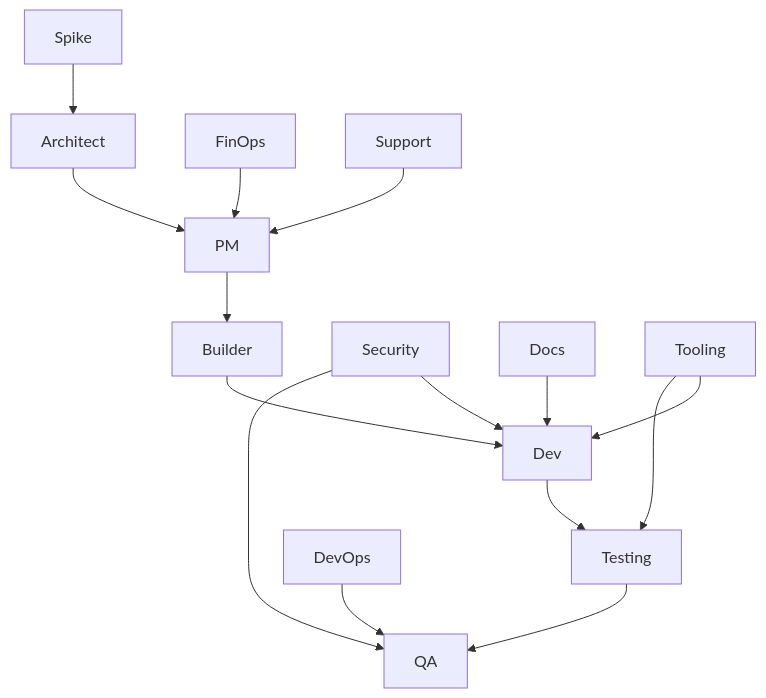
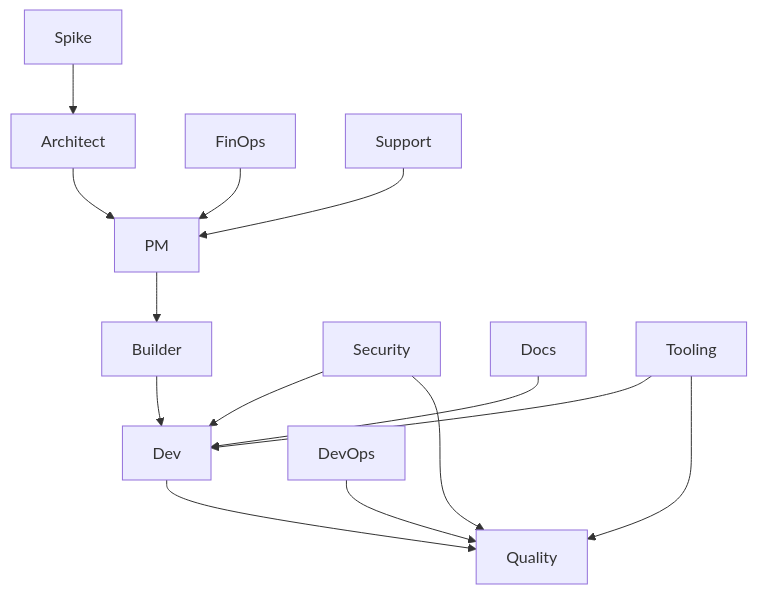
Before and after one commit to llanesleonardo/saas-factory: the third of 3 diagrams in organizational_memory/AGENTS.md, drawn with Mermaid. The commit also changed other lines of this file and 97 other files, not shown here.

First line of the commit message:
chore(factory): standardize agents and add registry/schemas

````diff
--- a/organizational_memory/AGENTS.md
+++ b/organizational_memory/AGENTS.md
@@ -48,31 +46,29 @@
 ```mermaid
 flowchart TB
   SPI[Spike]
   AR[Architect]
   FIN[FinOps]
   PM[PM]
   BL[Builder]
   SEC[Security]
   DV[Dev]
-  TST[Testing]
-  QA[QA]
+  QUAL[Quality]
   DOV[DevOps]
   DOC[Docs]
   SUP[Support]
   TOO[Tooling]
 
   SPI --> AR
   AR --> PM
   FIN --> PM
   PM --> BL
   BL --> DV
   SEC --> DV
-  DV --> TST
-  TST --> QA
-  SEC --> QA
-  DOV --> QA
+  DV --> QUAL
+  SEC --> QUAL
+  DOV --> QUAL
   SUP --> PM
   TOO --> DV
-  TOO --> TST
+  TOO --> QUAL
   DOC --> DV
 ```
````
